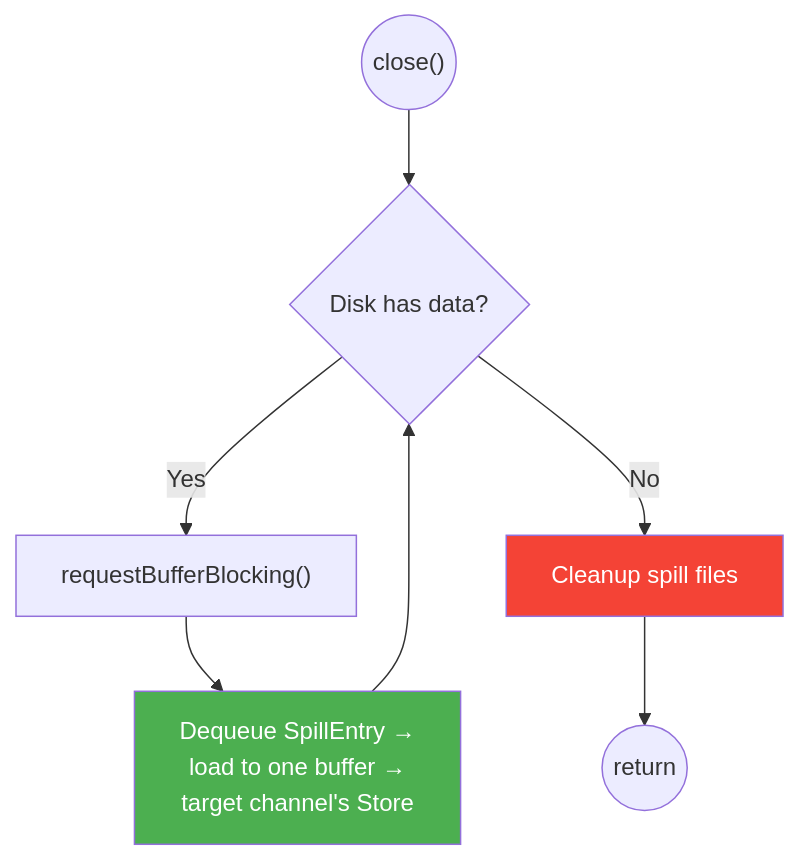
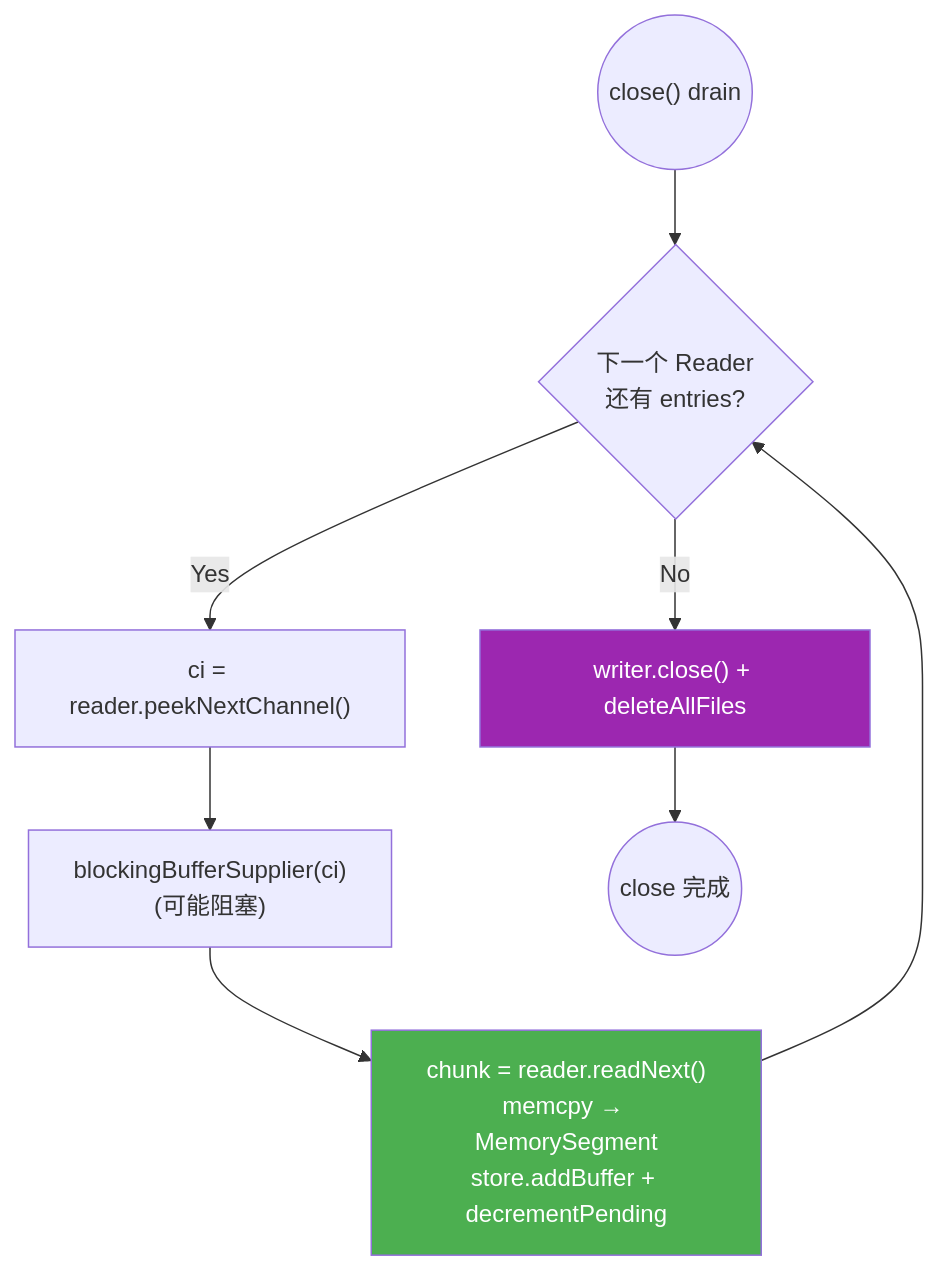
One commit to 1996fanrui/flink changed the sixth of 7 diagrams in requirements/38544/data_flow.md. Above: the diagram before and after it, drawn with Mermaid. The commit also changed other lines of this file and 1 other file, not shown here.

First line of the commit message:
[FLINK-38544][docs] Revise data_flow + architecture_overview for final design

````diff
--- a/requirements/38544/data_flow.md
+++ b/requirements/38544/data_flow.md
@@ -185,12 +155,13 @@
 ```mermaid
 flowchart TD
-    C(("close()")) --> Check{"Disk has data?"}
-    Check -- Yes --> Block["requestBufferBlocking()"]
-    Block --> Load["Dequeue SpillEntry →<br/>load to one buffer →<br/>target channel's Store"]
-    Load --> Check
-    Check -- No --> Cleanup["Cleanup spill files"]
-    Cleanup --> End(("return"))
+    C(("close() drain")) --> Iter{"下一个 Reader<br/>还有 entries?"}
+    Iter -- No --> Cleanup["writer.close() + deleteAllFiles"]
+    Iter -- Yes --> PeekCi["ci = reader.peekNextChannel()"]
+    PeekCi --> BlockBuf["blockingBufferSupplier(ci)<br/>(可能阻塞)"]
+    BlockBuf --> Consume["chunk = reader.readNext()<br/>memcpy → MemorySegment<br/>store.addBuffer + decrementPending"]
+    Consume --> Iter
+    Cleanup --> Done(("close 完成"))
 
-    style Load fill:#4CAF50,color:#fff
-    style Cleanup fill:#F44336,color:#fff
+    style Consume fill:#4CAF50,color:#fff
+    style Cleanup fill:#9C27B0,color:#fff
 ```
````
